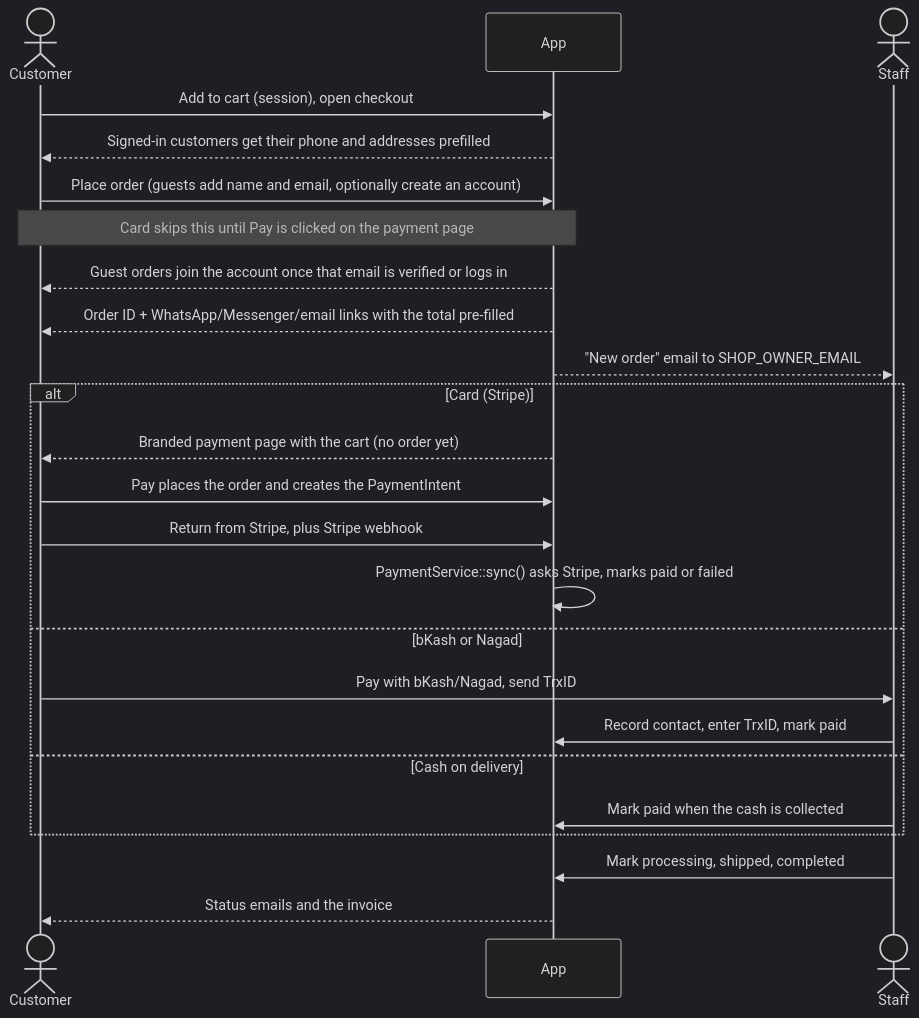
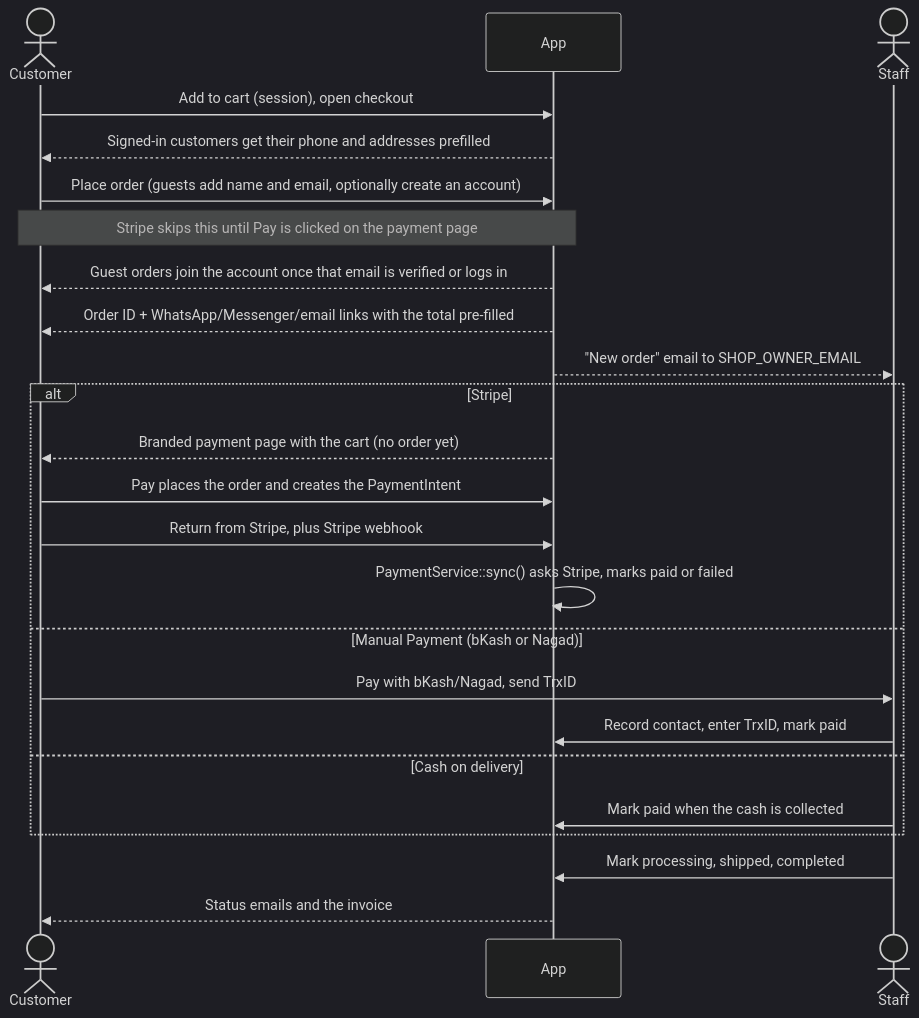
One commit to salehibneomar/amar-ecommerce changed the fifth of 11 diagrams in docs/DIAGRAM.md. Above: the diagram before and after it, drawn with Mermaid (dark theme). The commit also changed other lines of this file and 285 other files, not shown here.

````diff
--- a/docs/DIAGRAM.md
+++ b/docs/DIAGRAM.md
@@ -493,26 +522,26 @@
 ```mermaid
 sequenceDiagram
     actor C as Customer
     participant App
     actor S as Staff
     C->>App: Add to cart (session), open checkout
     App-->>C: Signed-in customers get their phone and addresses prefilled
     C->>App: Place order (guests add name and email, optionally create an account)
-    Note over C,App: Card skips this until Pay is clicked on the payment page
+    Note over C,App: Stripe skips this until Pay is clicked on the payment page
     App-->>C: Guest orders join the account once that email is verified or logs in
     App-->>C: Order ID + WhatsApp/Messenger/email links with the total pre-filled
     App-->>S: "New order" email to SHOP_OWNER_EMAIL
-    alt Card (Stripe)
+    alt Stripe
         App-->>C: Branded payment page with the cart (no order yet)
         C->>App: Pay places the order and creates the PaymentIntent
         C->>App: Return from Stripe, plus Stripe webhook
         App->>App: PaymentService::sync() asks Stripe, marks paid or failed
-    else bKash or Nagad
+    else Manual Payment (bKash or Nagad)
         C->>S: Pay with bKash/Nagad, send TrxID
         S->>App: Record contact, enter TrxID, mark paid
     else Cash on delivery
         S->>App: Mark paid when the cash is collected
     end
     S->>App: Mark processing, shipped, completed
     App-->>C: Status emails and the invoice
 ```
````
